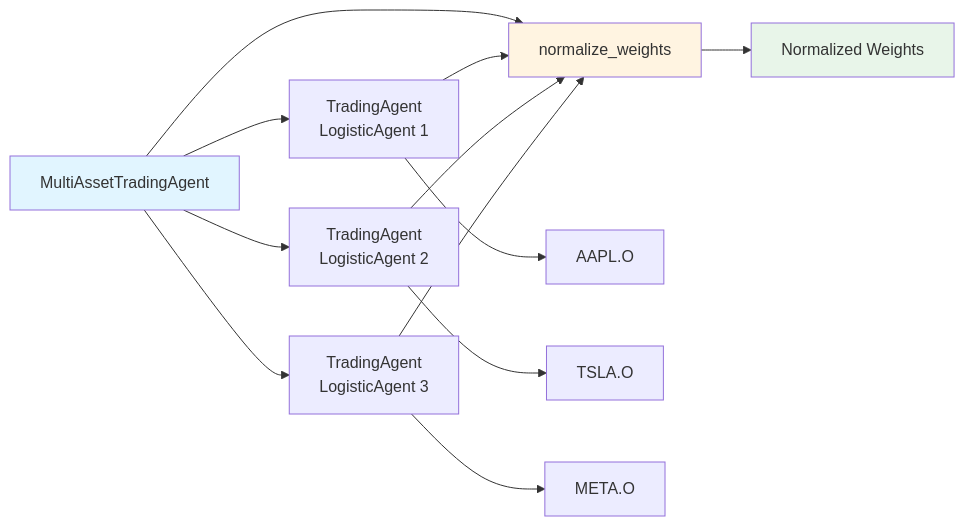
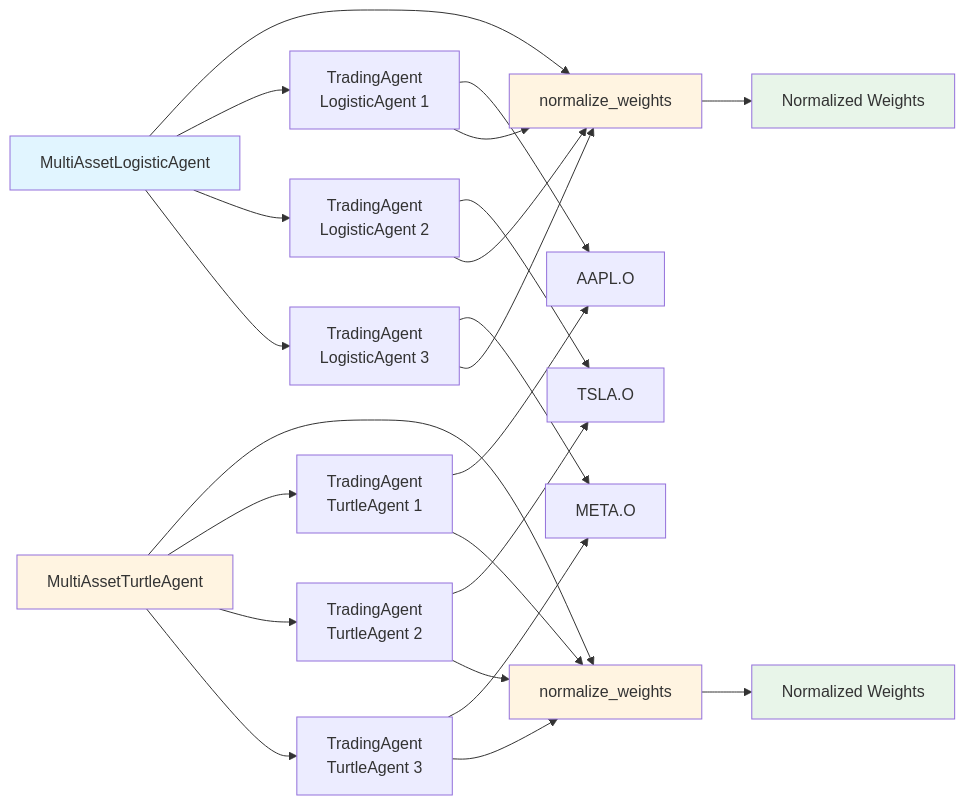
Before and after one commit to SouPuppy/Trader: the diagram in trader/agent/README.md, drawn with Mermaid. The commit also changed other lines of this file and 9 other files, not shown here.

````diff
--- a/trader/agent/README.md
+++ b/trader/agent/README.md
@@ -54,22 +41,39 @@
 ```mermaid
 graph LR
-    A[MultiAssetTradingAgent] --> B[normalize_weights]
+    A1[MultiAssetLogisticAgent] --> B1[normalize_weights]
+    A2[MultiAssetTurtleAgent] --> B2[normalize_weights]
     
-    A --> C1[TradingAgent<br/>LogisticAgent 1]
-    A --> C2[TradingAgent<br/>LogisticAgent 2]
-    A --> C3[TradingAgent<br/>LogisticAgent 3]
+    A1 --> C1[TradingAgent<br/>LogisticAgent 1]
+    A1 --> C2[TradingAgent<br/>LogisticAgent 2]
+    A1 --> C3[TradingAgent<br/>LogisticAgent 3]
     
-    C1 --> D1[AAPL.O]
-    C2 --> D2[TSLA.O]
-    C3 --> D3[META.O]
+    A2 --> D1[TradingAgent<br/>TurtleAgent 1]
+    A2 --> D2[TradingAgent<br/>TurtleAgent 2]
+    A2 --> D3[TradingAgent<br/>TurtleAgent 3]
     
-    C1 --> B
-    C2 --> B
-    C3 --> B
+    C1 --> E1[AAPL.O]
+    C2 --> E2[TSLA.O]
+    C3 --> E3[META.O]
     
-    B --> E[Normalized Weights]
+    D1 --> E1
+    D2 --> E2
+    D3 --> E3
     
-    style A fill:#e1f5ff
-    style B fill:#fff4e1
-    style E fill:#e8f5e9
+    C1 --> B1
+    C2 --> B1
+    C3 --> B1
+    
+    D1 --> B2
+    D2 --> B2
+    D3 --> B2
+    
+    B1 --> F1[Normalized Weights]
+    B2 --> F2[Normalized Weights]
+    
+    style A1 fill:#e1f5ff
+    style A2 fill:#fff4e1
+    style B1 fill:#fff4e1
+    style B2 fill:#fff4e1
+    style F1 fill:#e8f5e9
+    style F2 fill:#e8f5e9
 ```
````
